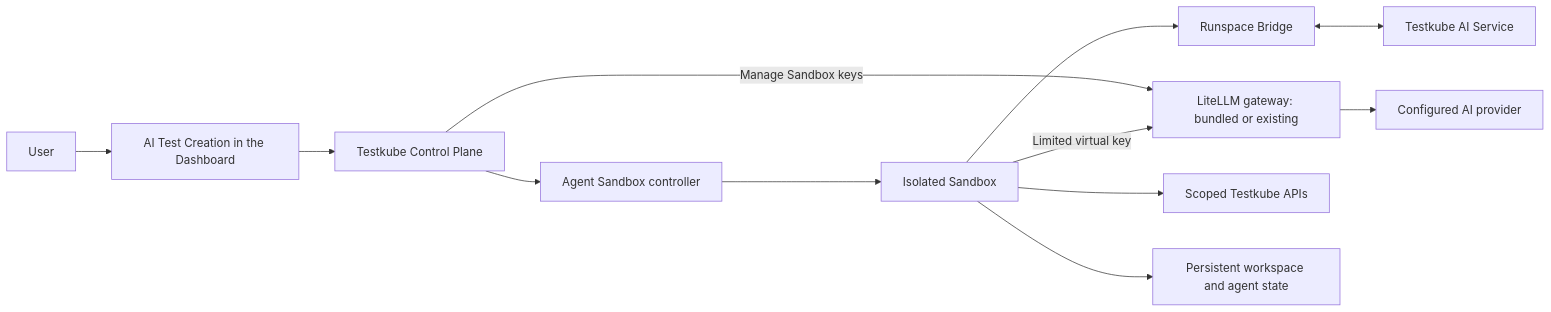
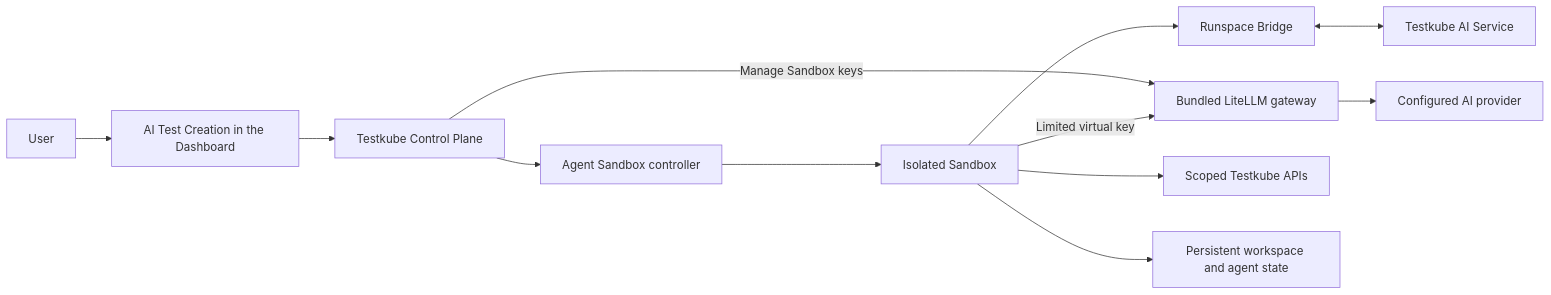
Before and after one commit to kubeshop/testkube-docs: the diagram in docs/articles/ai-test-creation.md, drawn with Mermaid. The commit also changed other lines of this file, not shown here.

Commit message:
docs: [TKC-7700] remove unsupported existing LiteLLM gateway setup

````diff
--- a/docs/articles/ai-test-creation.md
+++ b/docs/articles/ai-test-creation.md
@@ -22,15 +22,15 @@
 ```mermaid
 flowchart LR
     User["User"] --> Dashboard["AI Test Creation in the Dashboard"]
     Dashboard --> API["Testkube Control Plane"]
     API --> Controller["Agent Sandbox controller"]
     Controller --> Sandbox["Isolated Sandbox"]
 
     Sandbox --> Bridge["Runspace Bridge"]
     Bridge <--> AI["Testkube AI Service"]
-    API -->|Manage Sandbox keys| Gateway["LiteLLM gateway: bundled or existing"]
+    API -->|Manage Sandbox keys| Gateway["Bundled LiteLLM gateway"]
     Sandbox -->|Limited virtual key| Gateway
     Gateway --> Provider["Configured AI provider"]
     Sandbox --> Testkube["Scoped Testkube APIs"]
     Sandbox --> Storage["Persistent workspace and agent state"]
 ```
````
